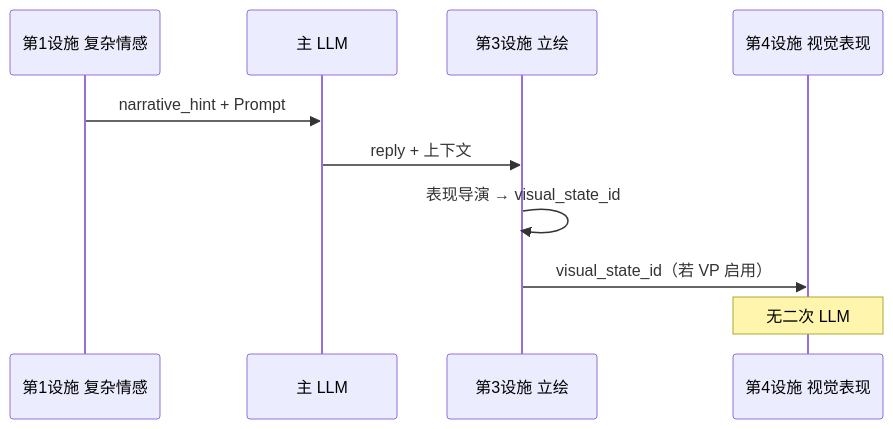
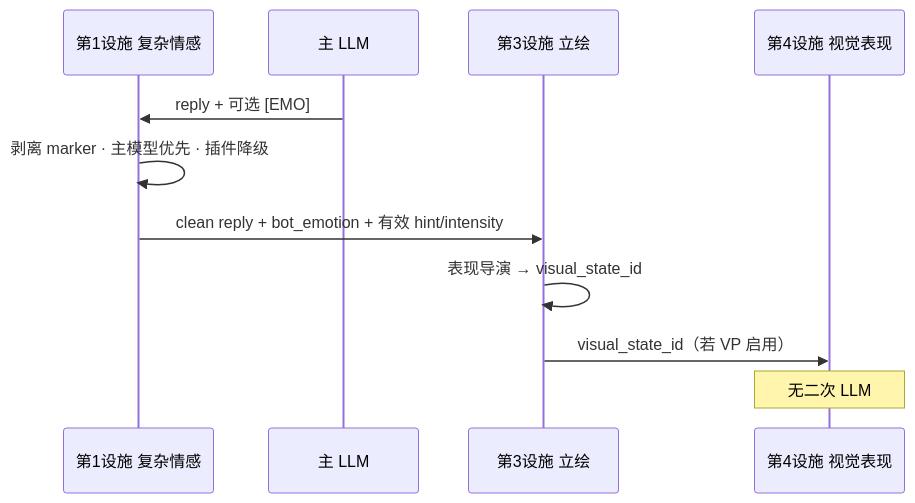
The diagram in creator-docs/rfc/RFC_PORTRAIT_FACILITY.md (linkaiheng2233-cyber/oclivenewnew), drawn with Mermaid before and after one commit. The commit also changed other lines of this file and 231 other files, not shown here.

Commit message:
docs(architecture): align project around tool kernel

````diff
--- a/creator-docs/rfc/RFC_PORTRAIT_FACILITY.md
+++ b/creator-docs/rfc/RFC_PORTRAIT_FACILITY.md
@@ -43,12 +43,13 @@
 ```mermaid
 sequenceDiagram
   participant CE as 第1设施 复杂情感
   participant LLM as 主 LLM
   participant PF as 第3设施 立绘
   participant VP as 第4设施 视觉表现
-  CE->>LLM: narrative_hint + Prompt
-  LLM->>PF: reply + 上下文
+  LLM->>CE: reply + 可选 [EMO]
+  CE->>CE: 剥离 marker · 主模型优先 · 插件降级
+  CE->>PF: clean reply + bot_emotion + 有效 hint/intensity
   PF->>PF: 表现导演 → visual_state_id
   PF->>VP: visual_state_id（若 VP 启用）
   Note over VP: 无二次 LLM
 ```
````
